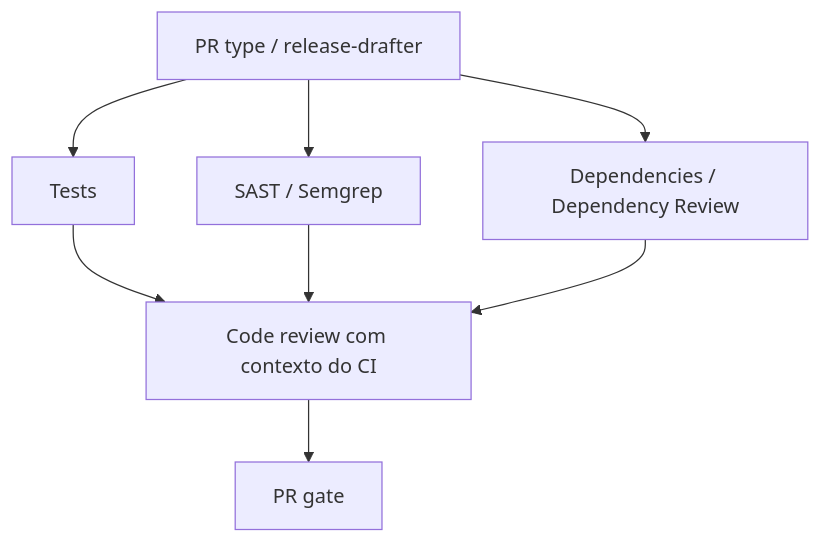
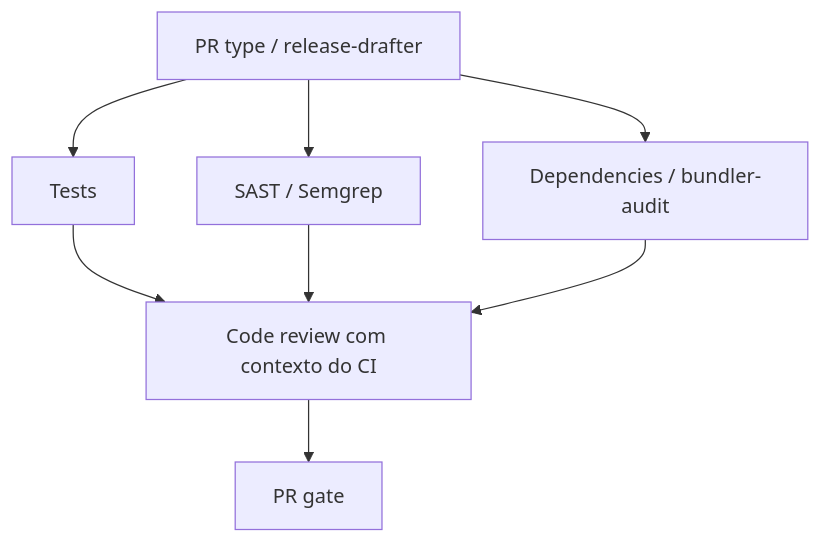
The diagram in docs/automated-code-review.md (paulopatto/galeria), drawn with Mermaid before and after one commit. The commit also changed other lines of this file and 1 other file, not shown here.

Commit message:
fix(ci): audit dependency deltas without GitHub dependency graph

````diff
--- a/docs/automated-code-review.md
+++ b/docs/automated-code-review.md
@@ -8,10 +8,10 @@
 ```mermaid
 flowchart TD
   A[PR type / release-drafter] --> B[Tests]
   A --> C[SAST / Semgrep]
-  A --> D[Dependencies / Dependency Review]
+  A --> D[Dependencies / bundler-audit]
   B --> E[Code review com contexto do CI]
   C --> E
   D --> E
   E --> F[PR gate]
 ```
````
